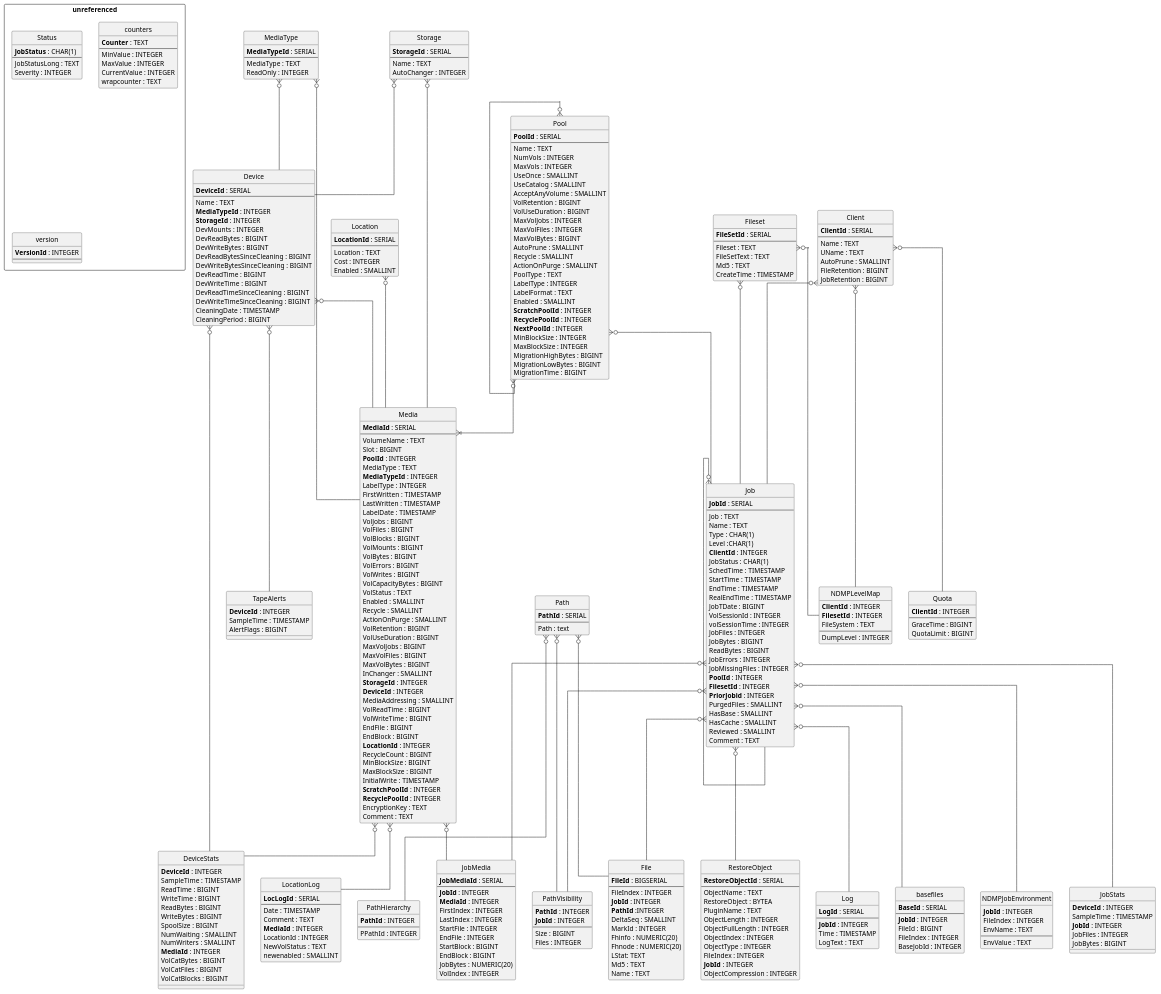
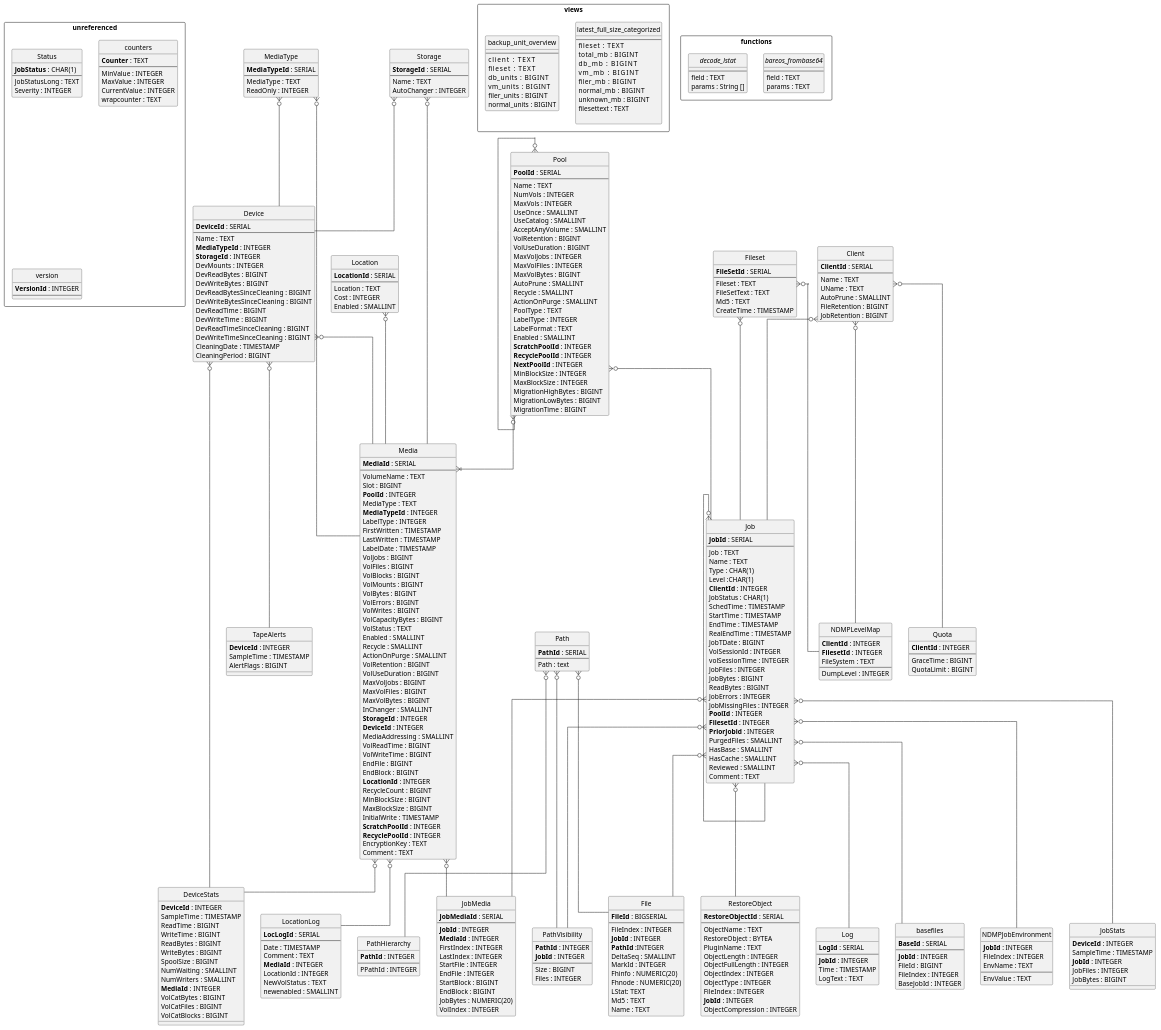
The diagram in docs/manuals/source/DeveloperGuide/catalog/schema_bareos_postgresql.puml (bareos/bareos), drawn with PlantUML before and after one commit. The commit also changed 1 other file, not shown here.

Commit message:
doc: add functions and views to developer guide
- functions: bareos_frombase64, decode_lstat
- views: latest_full_size_categorized, backup_unit_overview

```diff
--- a/docs/manuals/source/DeveloperGuide/catalog/schema_bareos_postgresql.puml
+++ b/docs/manuals/source/DeveloperGuide/catalog/schema_bareos_postgresql.puml
@@ -351,6 +351,45 @@
   }
   }
 
+  package views <<Rectangle>> {
+  entity latest_full_size_categorized {
+    --
+    fileset     : TEXT
+    total_mb    : BIGINT
+    db_mb       : BIGINT
+    vm_mb       : BIGINT
+    filer_mb    : BIGINT
+    normal_mb   : BIGINT
+    unknown_mb  : BIGINT
+    filesettext : TEXT
+
+  }
+  entity backup_unit_overview {
+    --
+    client       : TEXT
+    fileset      : TEXT
+    db_units     : BIGINT
+    vm_units     : BIGINT
+    filer_units  : BIGINT
+    normal_units : BIGINT
+  }
+  }
+
+  package functions <<Rectangle>> {
+  interface bareos_frombase64 {
+    --
+    field : TEXT
+    params : TEXT
+  }
+
+  interface decode_lstat{
+    --
+    field : TEXT
+    params : String []
+  }
+  }
+
+
   Client }o-- Job
   Client }o-- Quota
   Client }o-- NDMPLevelMap
```
